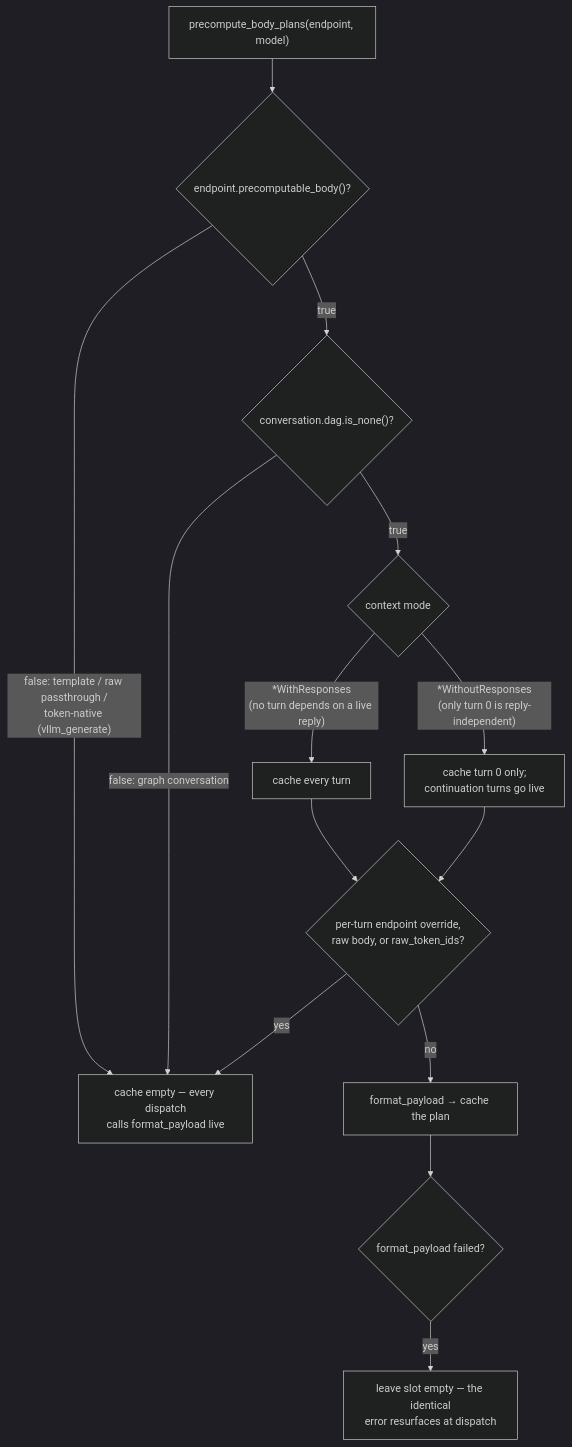
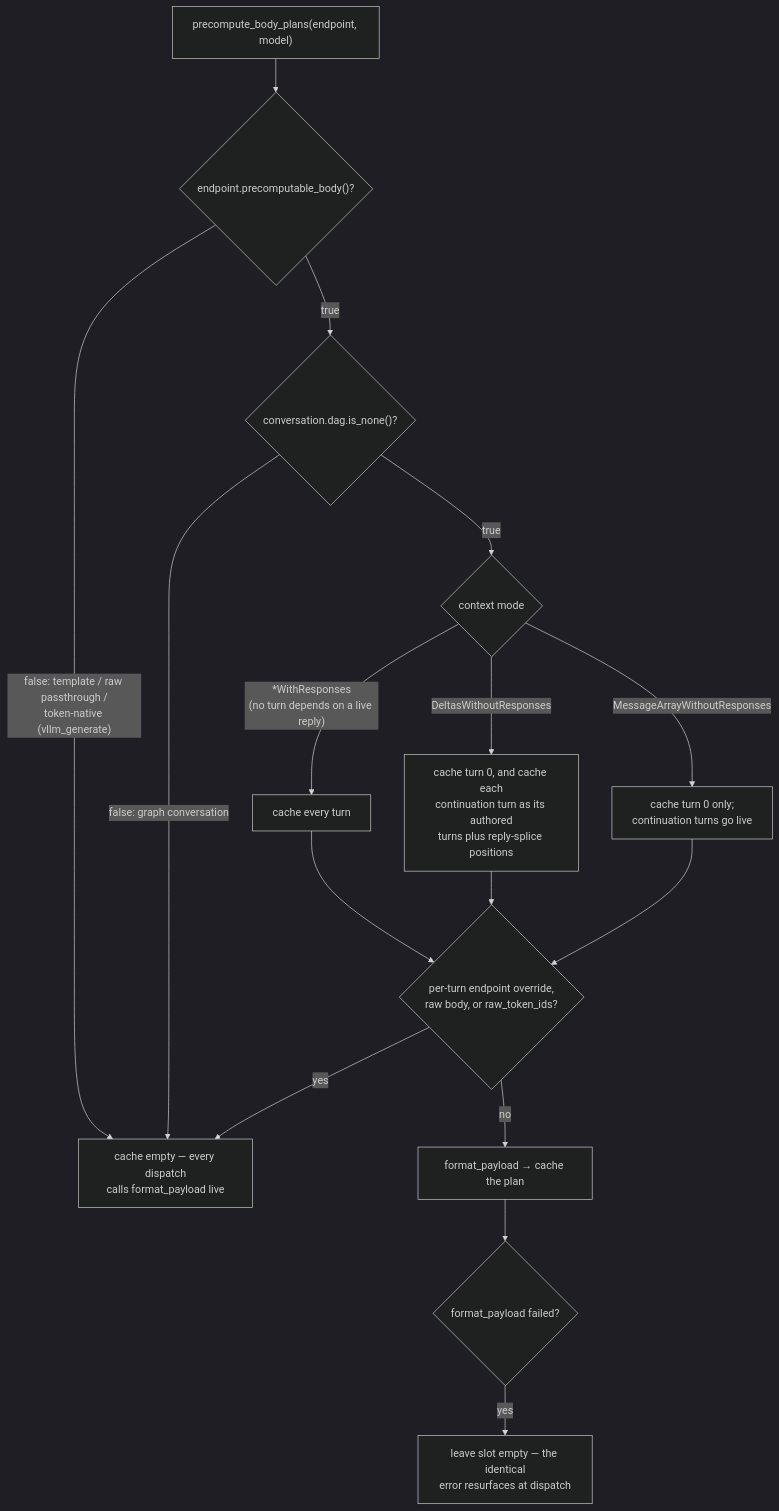
Before and after one commit to ai-dynamo/aiperf: the third of 4 diagrams in docs/specs/endpoint-body-construction.md, drawn with Mermaid (dark theme). The commit also changed other lines of this file and 1 other file, not shown here.

````diff
--- a/docs/specs/endpoint-body-construction.md
+++ b/docs/specs/endpoint-body-construction.md
@@ -284,16 +285,18 @@
 ```mermaid
 flowchart TD
     A["precompute_body_plans(endpoint, model)"] --> B{"endpoint.precomputable_body()?"}
     B -- "false: template / raw passthrough /<br/>token-native (vllm_generate)" --> Z["cache empty — every dispatch<br/>calls format_payload live"]
     B -- true --> C{"conversation.dag.is_none()?"}
     C -- "false: graph conversation" --> Z
     C -- true --> D{"context mode"}
     D -- "*WithResponses<br/>(no turn depends on a live reply)" --> E["cache every turn"]
-    D -- "*WithoutResponses<br/>(only turn 0 is reply-independent)" --> F["cache turn 0 only;<br/>continuation turns go live"]
+    D -- "DeltasWithoutResponses" --> F["cache turn 0, and cache each<br/>continuation turn as its authored<br/>turns plus reply-splice positions"]
+    D -- "MessageArrayWithoutResponses" --> F2["cache turn 0 only;<br/>continuation turns go live"]
     E --> G{"per-turn endpoint override,<br/>raw body, or raw_token_ids?"}
     F --> G
+    F2 --> G
     G -- yes --> Z
     G -- no --> H["format_payload → cache the plan"]
     H --> I{"format_payload failed?"}
     I -- yes --> J["leave slot empty — the identical<br/>error resurfaces at dispatch"]
 ```
````
